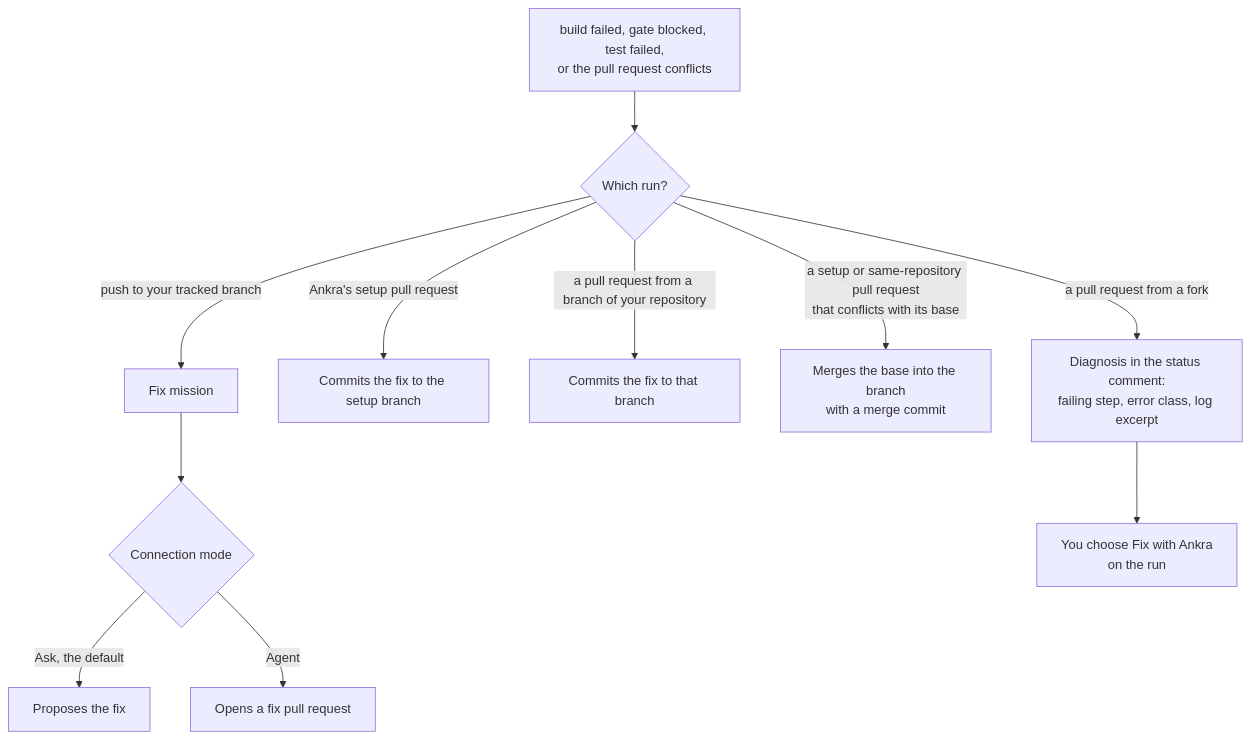
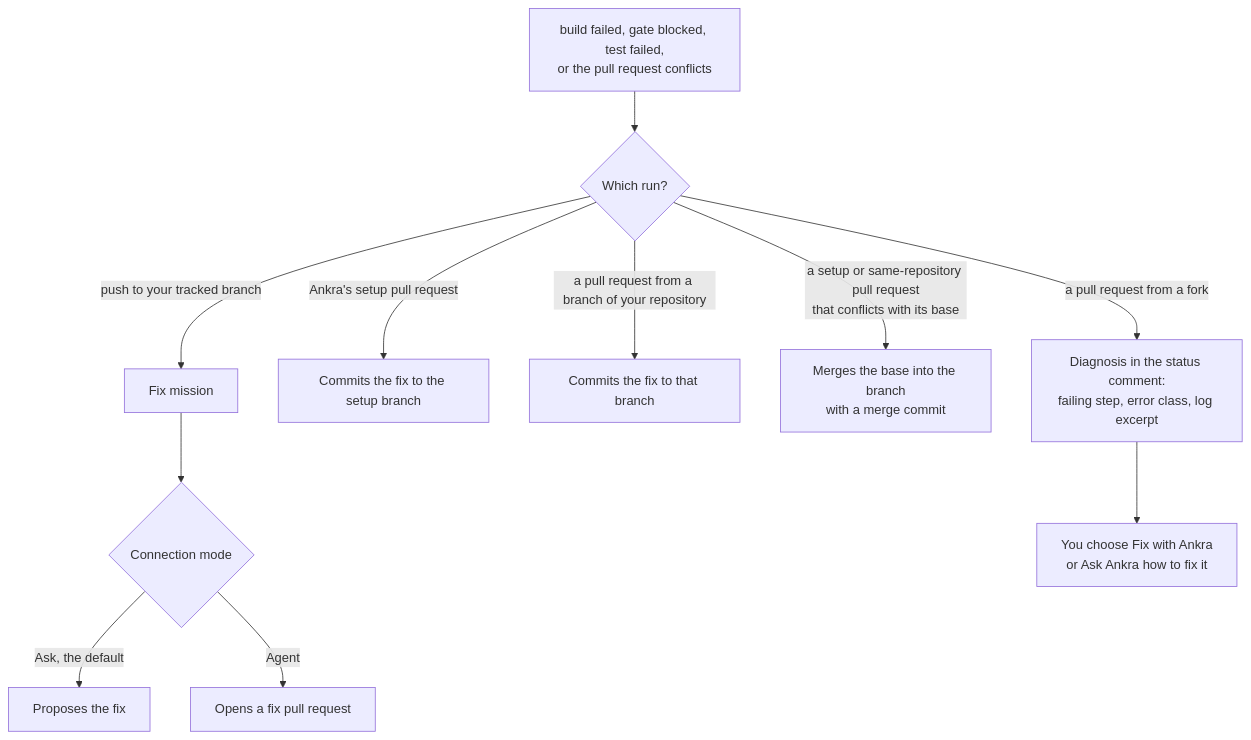
One commit to ankraio/ankra-docs changed the third of 3 diagrams in pipelines/ai-in-pull-requests.mdx. Above: the diagram before and after it, drawn with Mermaid. The commit also changed other lines of this file and 21 other files, not shown here.

First line of the commit message:
docs(pipelines): Ankra Pipelines on the portal as served, where a run goes and what it costs, deploy on merge (ankra-4xh2sn.5.5)

````diff
--- a/pipelines/ai-in-pull-requests.mdx
+++ b/pipelines/ai-in-pull-requests.mdx
@@ -125,13 +125,13 @@
 ```mermaid
 flowchart TD
     Fail[build failed, gate blocked, test failed,<br/>or the pull request conflicts] --> Where{Which run?}
     Where -->|push to your tracked branch| Mission[Fix mission]
     Mission --> Mode{Connection mode}
     Mode -->|Ask, the default| Propose[Proposes the fix]
     Mode -->|Agent| FixPR[Opens a fix pull request]
     Where -->|Ankra's setup pull request| Commit[Commits the fix to the setup branch]
     Where -->|a pull request from a branch of your repository| Branch[Commits the fix to that branch]
     Where -->|a setup or same-repository pull request<br/>that conflicts with its base| Merge[Merges the base into the branch<br/>with a merge commit]
     Where -->|a pull request from a fork| Diag[Diagnosis in the status comment:<br/>failing step, error class, log excerpt]
-    Diag --> Button[You choose Fix with Ankra<br/>on the run]
+    Diag --> Button[You choose Fix with Ankra<br/>or Ask Ankra how to fix it]
 ```
````
